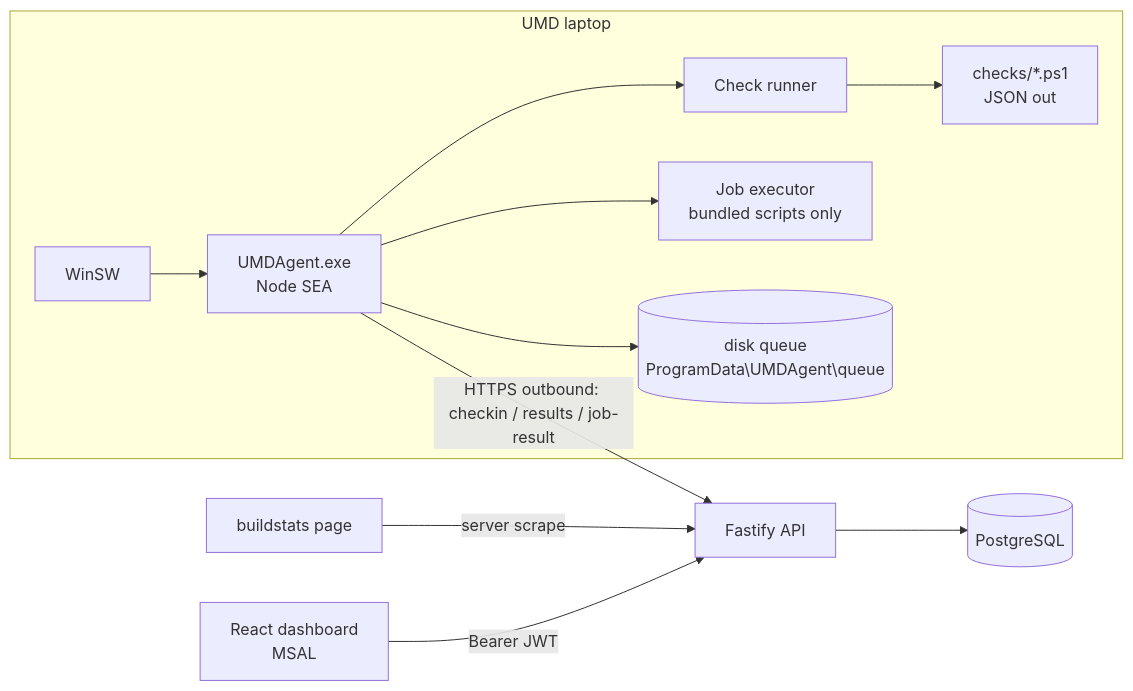
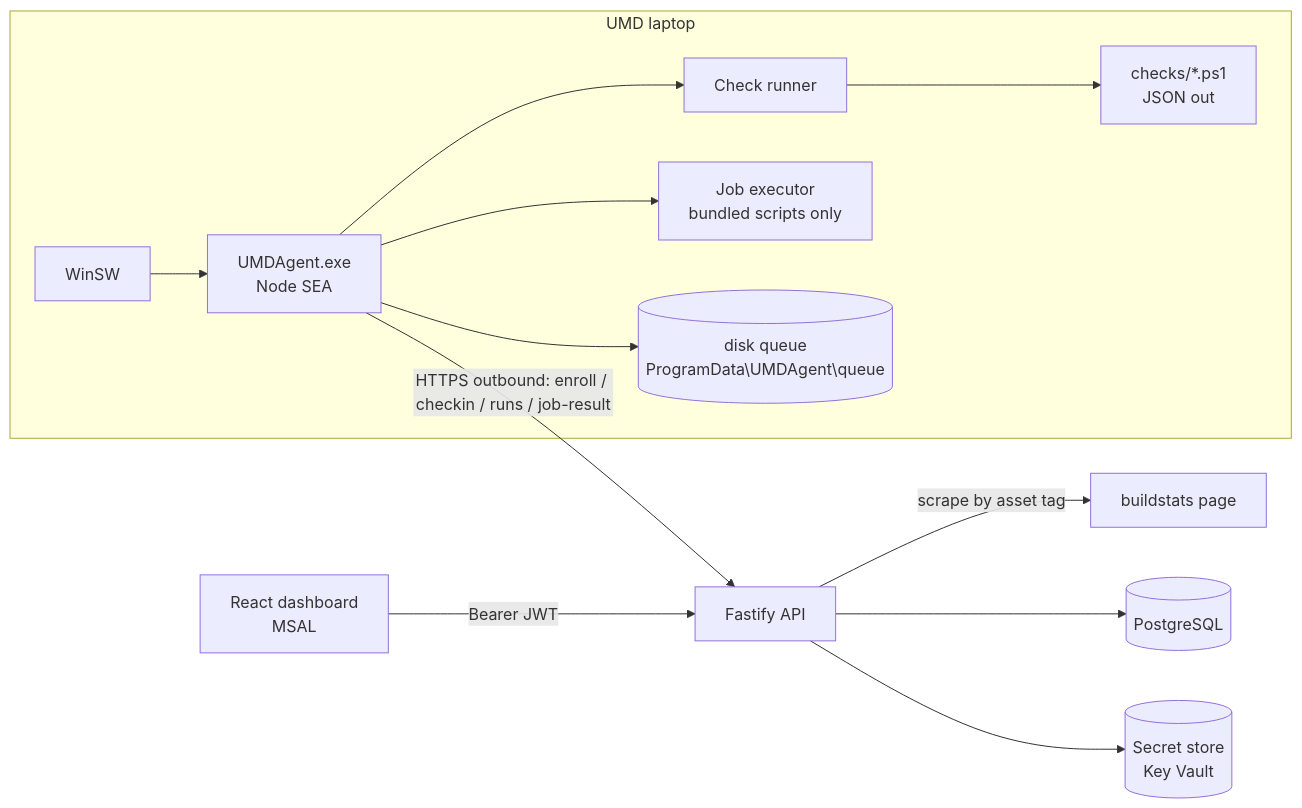
The diagram in docs/umd-validation/PLAN.md (gouthamchidhara/Stamped), drawn with Mermaid before and after one commit. The commit also changed other lines of this file, not shown here.

````diff
--- a/docs/umd-validation/PLAN.md
+++ b/docs/umd-validation/PLAN.md
@@ -56,14 +71,15 @@
 ```mermaid
 flowchart LR
   subgraph UMD["UMD laptop"]
     W[WinSW] --> A[UMDAgent.exe<br/>Node SEA]
     A --> R[Check runner]
     R --> PS[checks/*.ps1<br/>JSON out]
     A --> X[Job executor<br/>bundled scripts only]
     A --> QD[(disk queue<br/>ProgramData\UMDAgent\queue)]
   end
-  A -->|HTTPS outbound: checkin / results / job-result| API[Fastify API]
-  BS[buildstats page] -->|server scrape| API
+  A -->|HTTPS outbound: enroll / checkin / runs / job-result| API[Fastify API]
+  API -->|scrape by asset tag| BS[buildstats page]
   API --> DB[(PostgreSQL)]
+  API --> KV[(Secret store<br/>Key Vault)]
   WEB[React dashboard<br/>MSAL] -->|Bearer JWT| API
 ```
````
